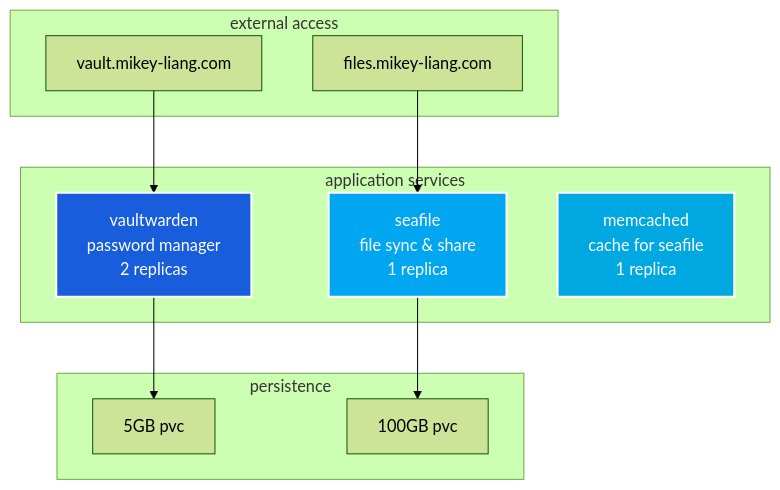
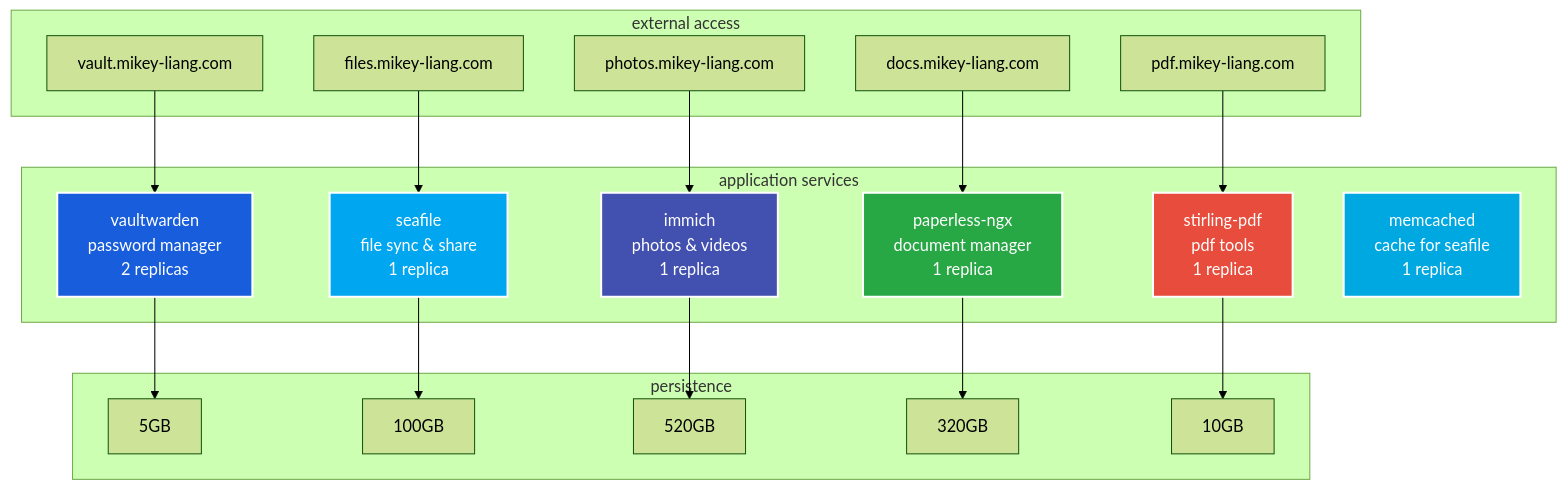
Before and after one commit to mikeyliang/k3s-infra: the third of 4 diagrams in README.md, drawn with Mermaid (forest theme). The commit also changed other lines of this file and 40 other files, not shown here.

````diff
--- a/README.md
+++ b/README.md
@@ -103,22 +103,34 @@
 ```mermaid
 graph TB
     subgraph "application services"
         VW[vaultwarden<br/>password manager<br/>2 replicas]
         SF[seafile<br/>file sync & share<br/>1 replica]
+        IM[immich<br/>photos & videos<br/>1 replica]
+        PN[paperless-ngx<br/>document manager<br/>1 replica]
+        SP[stirling-pdf<br/>pdf tools<br/>1 replica]
         MC[memcached<br/>cache for seafile<br/>1 replica]
     end
     
     subgraph "persistence"
-        VW --> VWPvc[5GB pvc]
-        SF --> SFPvc[100GB pvc]
+        VW --> VWPvc[5GB]
+        SF --> SFPvc[100GB]
+        IM --> IMPvc[520GB]
+        PN --> PNPvc[320GB]
+        SP --> SPPvc[10GB]
     end
     
     subgraph "external access"
         VWDomain[vault.mikey-liang.com] --> VW
         SFDomain[files.mikey-liang.com] --> SF
+        IMDomain[photos.mikey-liang.com] --> IM
+        PNDomain[docs.mikey-liang.com] --> PN
+        SPDomain[pdf.mikey-liang.com] --> SP
     end
     
     style VW fill:#175ddc,stroke:#fff,stroke-width:2px,color:#fff
     style SF fill:#00a6f0,stroke:#fff,stroke-width:2px,color:#fff
+    style IM fill:#4250af,stroke:#fff,stroke-width:2px,color:#fff
+    style PN fill:#28a745,stroke:#fff,stroke-width:2px,color:#fff
+    style SP fill:#e74c3c,stroke:#fff,stroke-width:2px,color:#fff
     style MC fill:#00a8e1,stroke:#fff,stroke-width:2px,color:#fff
 ```
````
